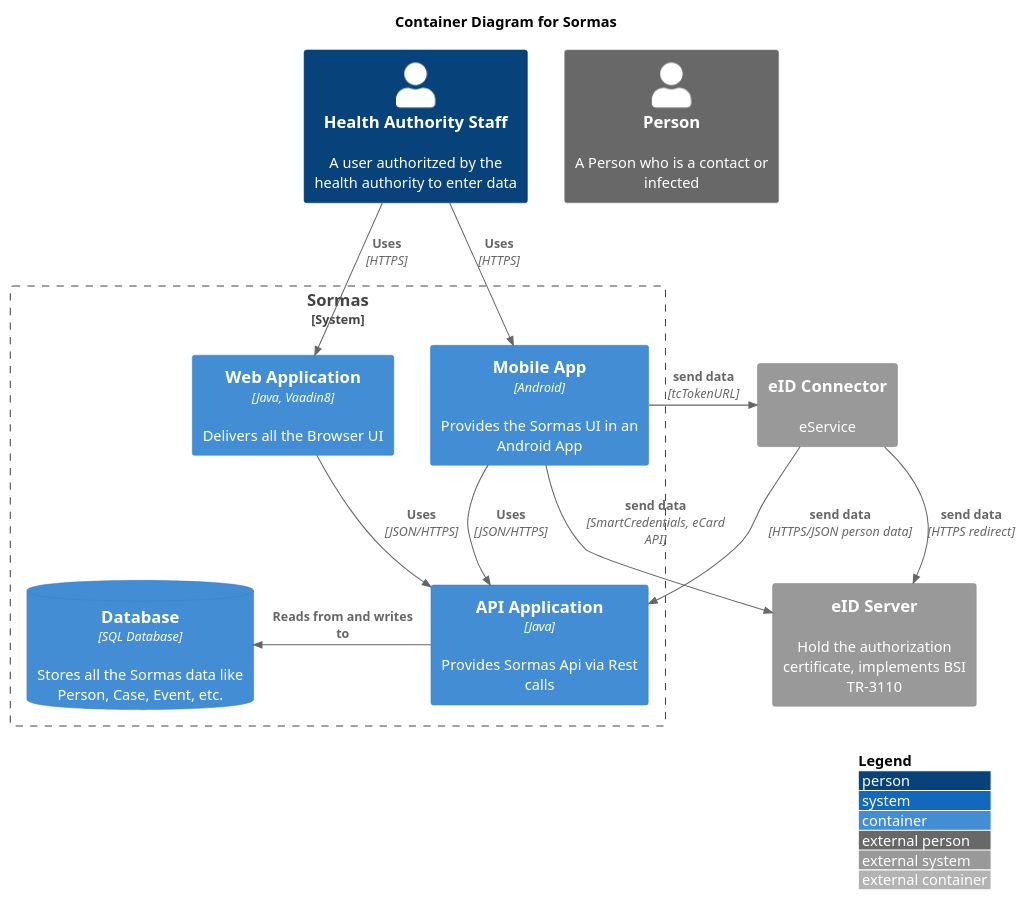
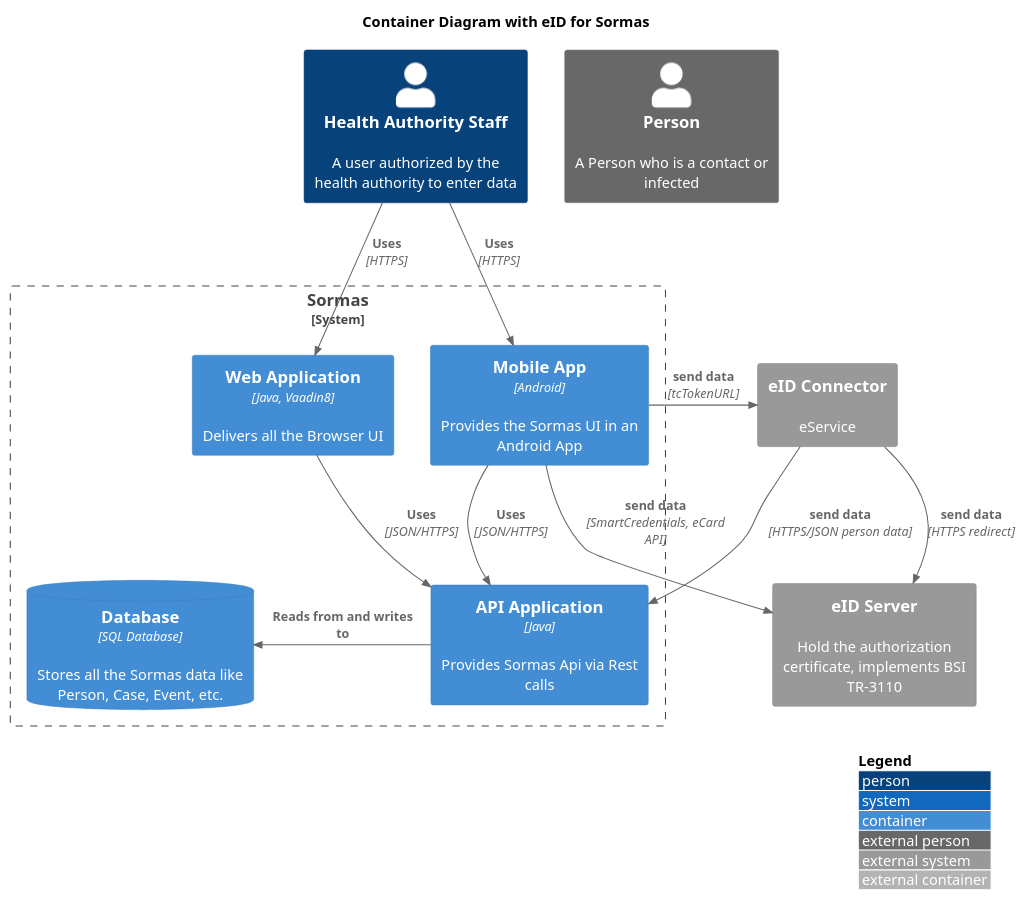
One commit to AxelNennker/SORMAS-Project changed the diagram in docs/C4_eID_ContainerDiagram.puml. Above: the diagram before and after it, drawn with PlantUML. The commit also changed 2 other files, not shown here.

```diff
--- a/docs/C4_eID_ContainerDiagram.puml
+++ b/docs/C4_eID_ContainerDiagram.puml
@@ -1,37 +1,37 @@
 @startuml
 !include https://raw.githubusercontent.com/plantuml-stdlib/C4-PlantUML/master/C4_Container.puml
 ' uncomment the following line and comment the first to use locally
 ' !include C4_Container.puml
 
 ' LAYOUT_TOP_DOWN()
 ' LAYOUT_AS_SKETCH()
 LAYOUT_WITH_LEGEND()
 
-title Container Diagram for Sormas
+title Container Diagram with eID for Sormas
 
-Person(sormas_user, "Health Authority Staff", "A user authoritzed by the health authority to enter data")
+Person(sormas_user, "Health Authority Staff", "A user authorized by the health authority to enter data")
 Person_Ext(sormas_person, "Person", "A Person who is a contact or infected")
 
 System_Boundary(c1, "Sormas") {
     Container(sormas_web, "Web Application", "Java, Vaadin8", "Delivers all the Browser UI")
     Container(sormas_android, "Mobile App", "Android", "Provides the Sormas UI in an Android App")
     ContainerDb(database, "Database", "SQL Database", "Stores all the Sormas data like Person, Case, Event, etc.")
     Container(sormas_api, "API Application", "Java", "Provides Sormas Api via Rest calls")
 }
 
 System_Ext(eid_server, "eID Server", "Hold the authorization certificate, implements BSI TR-3110")
 System_Ext(eid_connector, "eID Connector", "eService")
 
 Rel(sormas_user, sormas_web, "Uses", "HTTPS")
 Rel(sormas_user, sormas_android, "Uses", "HTTPS")
 
 Rel(sormas_android, sormas_api, "Uses", "JSON/HTTPS")
 Rel(sormas_web, sormas_api, "Uses", "JSON/HTTPS")
 Rel_Back_Neighbor(database, sormas_api, "Reads from and writes to")
 
 Rel(eid_connector, "sormas_api", "send data", "HTTPS/JSON person data")
 Rel(eid_connector, eid_server, "send data", "HTTPS redirect")
 Rel(sormas_android, eid_server, "send data", "SmartCredentials, eCard API")
 Rel(sormas_android, eid_connector, "send data", "tcTokenURL")
 
 @enduml
```
